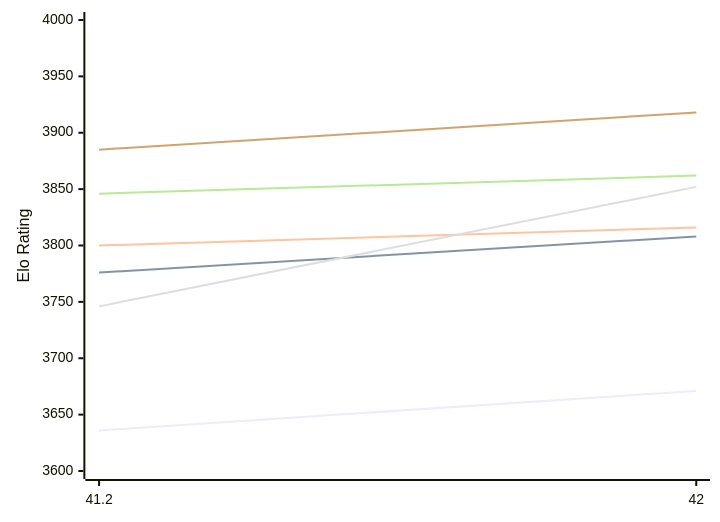
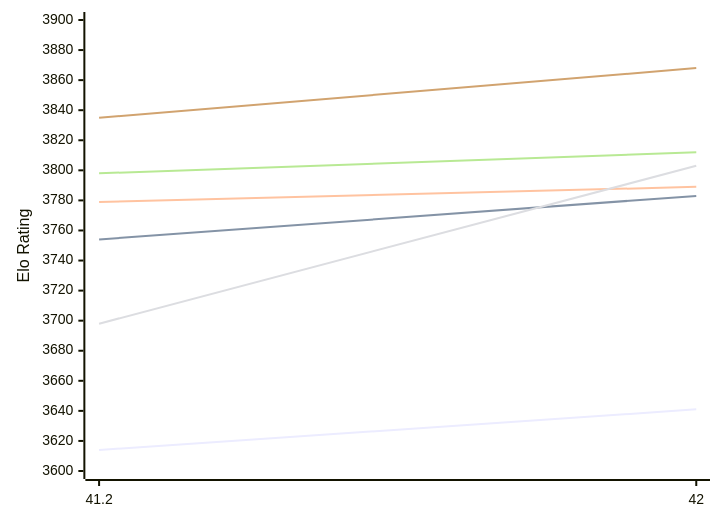
One commit to computer-chess-index/cci changed the first of 2 diagrams in engines/Shashchess.md. Above: the diagram before and after it, drawn with Mermaid. The commit also changed other lines of this file, not shown here.

Commit message:
Update CCI Ratings (ELO VLTC) - 2026-11-08

````diff
--- a/engines/Shashchess.md
+++ b/engines/Shashchess.md
@@ -50,12 +50,12 @@
 ```mermaid
 %%{init: {"theme":"base","themeVariables":{"seriesColors:['#a3a3a3','#222221','#faa371']}}}%%
 xychart-beta
   x-axis ["41.2", "42"]
-  y-axis "Elo Rating" 3600 --> 4000
-  line "E1: STC (8.0+0.08s)" [3636, 3671]
-  line "E1: LTC (60.0+0.60s)" [3776, 3808]
-  line "E1: VLTC (2m24s+1.12s)" [3800, 3816]
-  line "P1: STC (8.0+0.08s)" [3746, 3852]
-  line "P1: LTC (60.0+0.60s)" [3846, 3862]
-  line "P1: VLTC (2m24s+1.12s)" [3885, 3918]
+  y-axis "Elo Rating" 3600 --> 3900
+  line "E1: STC (8.0+0.08s)" [3614, 3641]
+  line "E1: LTC (60.0+0.60s)" [3754, 3783]
+  line "E1: VLTC (2m24s+1.12s)" [3779, 3789]
+  line "P1: STC (8.0+0.08s)" [3698, 3803]
+  line "P1: LTC (60.0+0.60s)" [3798, 3812]
+  line "P1: VLTC (2m24s+1.12s)" [3835, 3868]
 ```
````
